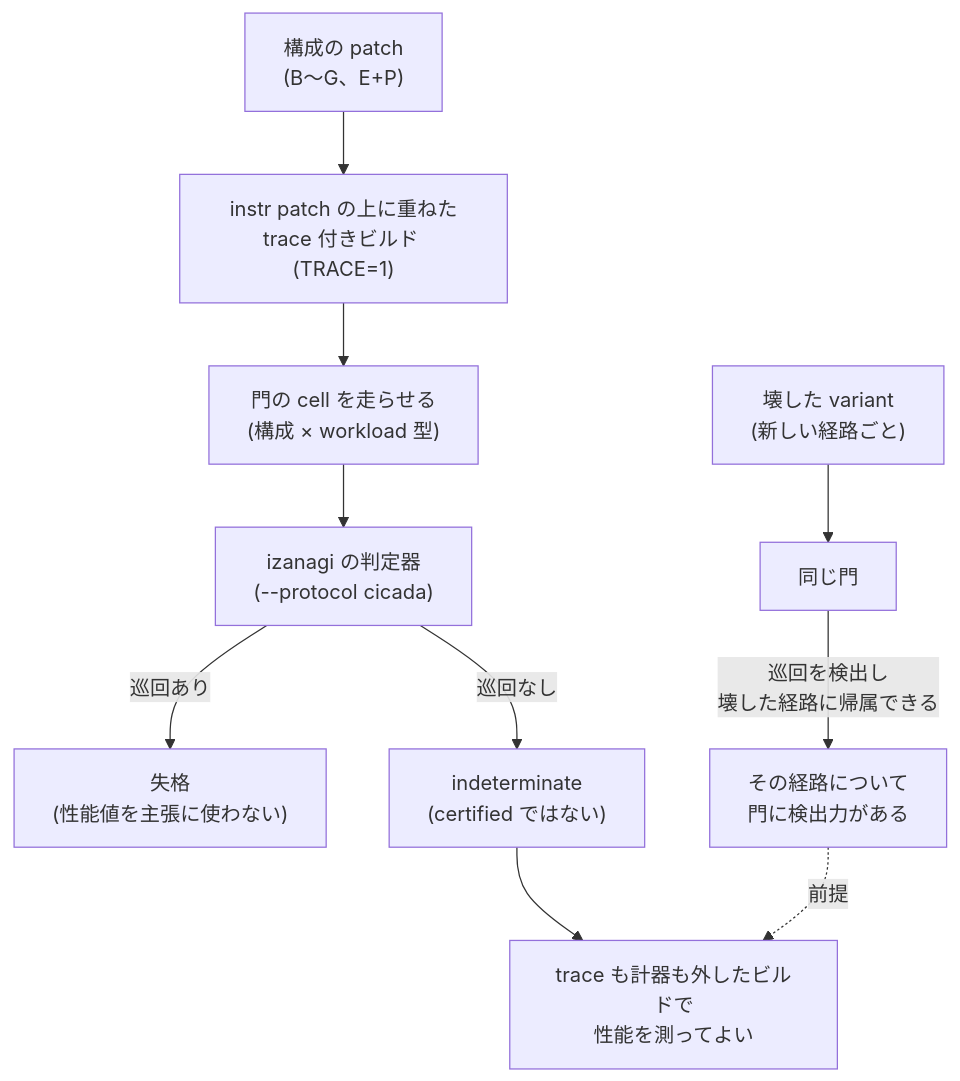
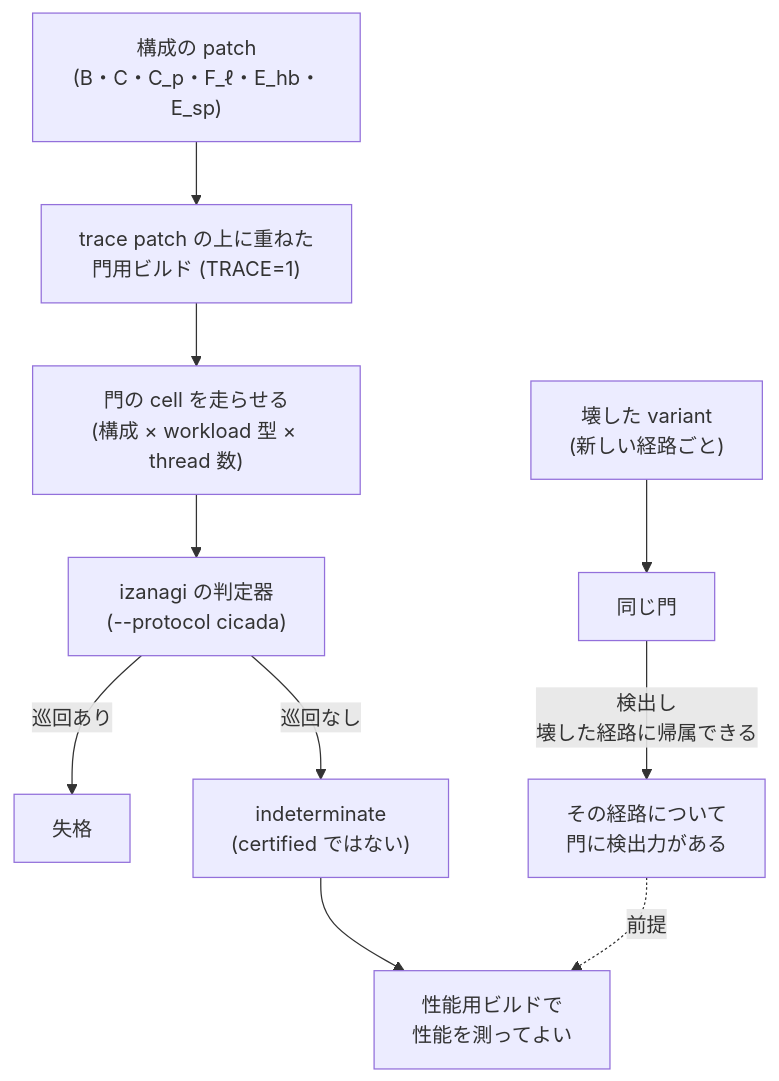
Before and after one commit to thawk105/izanagi: the fourth of 5 diagrams in docs/vhash-evaluation-preregistration-draft.md, drawn with Mermaid. The commit also changed other lines of this file and 1 other file, not shown here.

````diff
--- a/docs/vhash-evaluation-preregistration-draft.md
+++ b/docs/vhash-evaluation-preregistration-draft.md
@@ -303,11 +402,11 @@
 ```mermaid
 flowchart TB
-  v["構成の patch<br/>(B〜G、E+P)"] --> tb["instr patch の上に重ねた<br/>trace 付きビルド (TRACE=1)"]
-  tb --> run["門の cell を走らせる<br/>(構成 × workload 型)"]
+  v["構成の patch<br/>(B・C・C_p・F_ℓ・E_hb・E_sp)"] --> tb["trace patch の上に重ねた<br/>門用ビルド (TRACE=1)"]
+  tb --> run["門の cell を走らせる<br/>(構成 × workload 型 × thread 数)"]
   run --> judge["izanagi の判定器<br/>(--protocol cicada)"]
-  judge -->|"巡回あり"| out["失格<br/>(性能値を主張に使わない)"]
+  judge -->|"巡回あり"| out["失格"]
   judge -->|"巡回なし"| ind["indeterminate<br/>(certified ではない)"]
-  ind --> perf["trace も計器も外したビルドで<br/>性能を測ってよい"]
-  pos["壊した variant<br/>(新しい経路ごと)"] --> tb2["同じ門"] -->|"巡回を検出し<br/>壊した経路に帰属できる"| power["その経路について<br/>門に検出力がある"]
+  ind --> perf["性能用ビルドで<br/>性能を測ってよい"]
+  pos["壊した variant<br/>(新しい経路ごと)"] --> tb2["同じ門"] -->|"検出し<br/>壊した経路に帰属できる"| power["その経路について<br/>門に検出力がある"]
   power -.前提.-> perf
 ```
````
